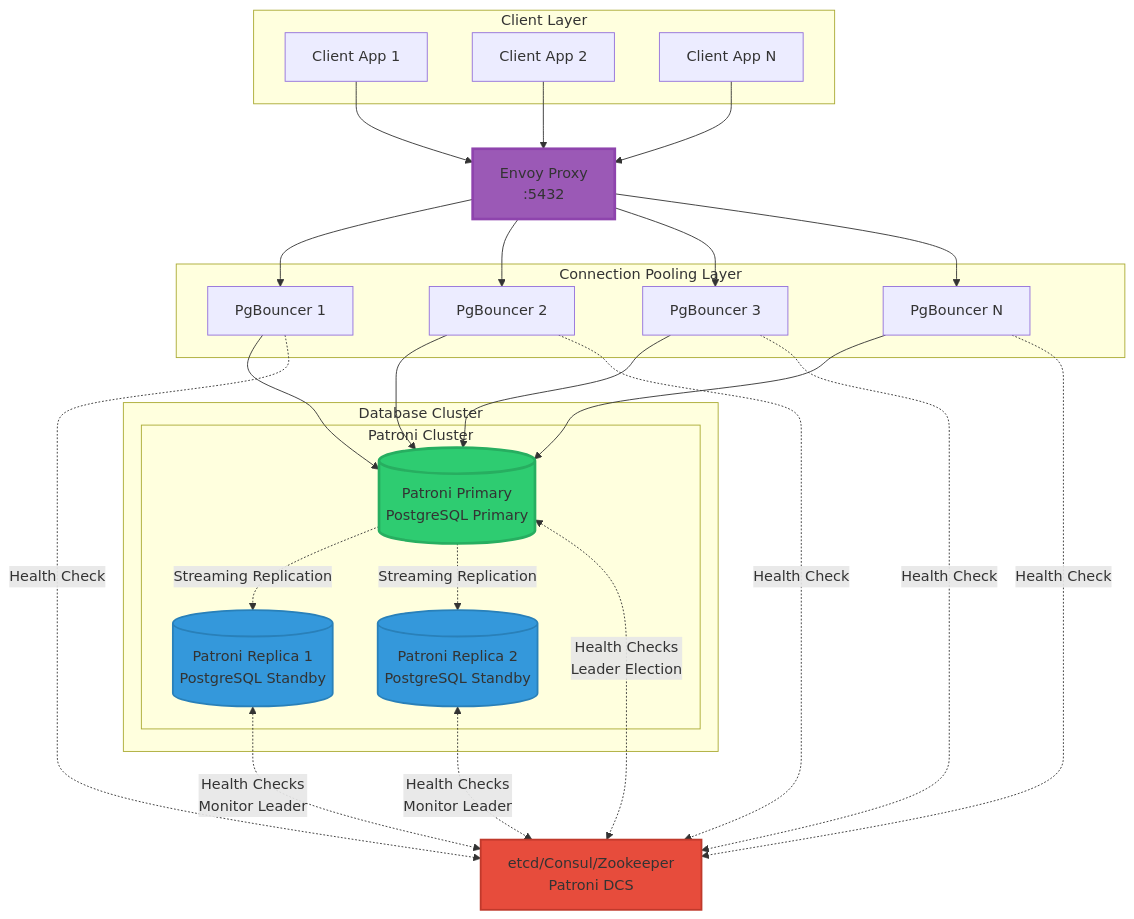
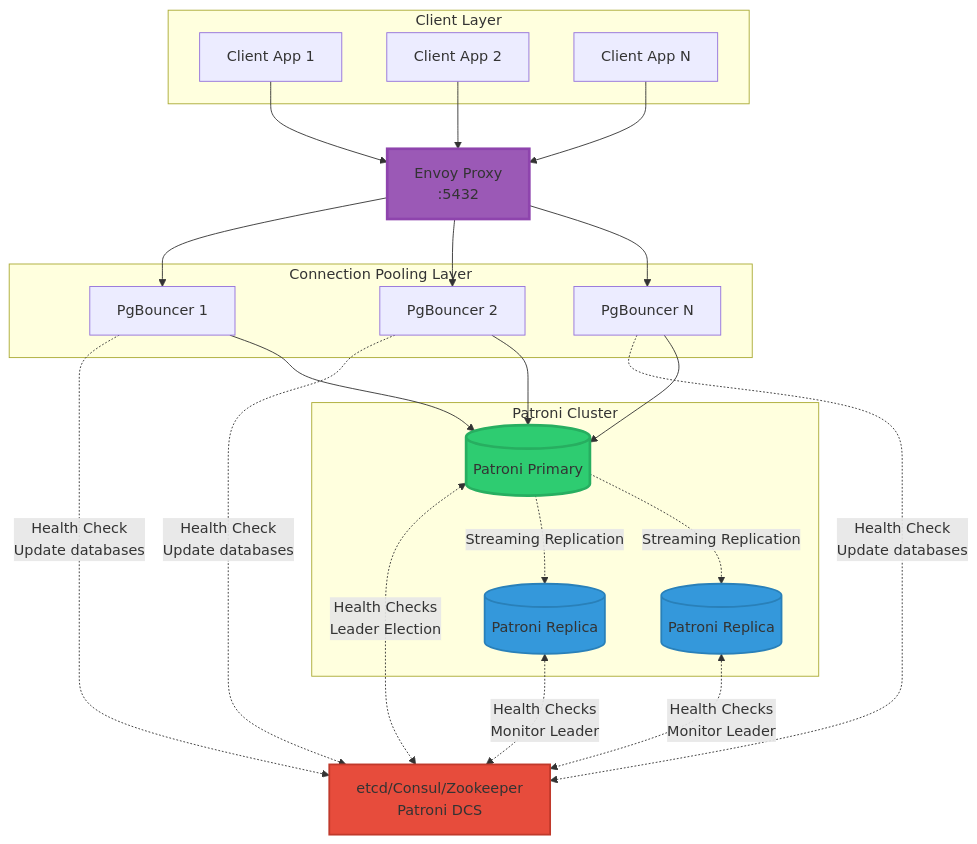
One commit to 3manuek/slides changed the first of 2 diagrams in 2025/Nerdearla.es/charts/postgres-patroni-basic.md. Above: the diagram before and after it, drawn with Mermaid. The commit also changed 5 other files, not shown here.

````diff
--- a/2025/Nerdearla.es/charts/postgres-patroni-basic.md
+++ b/2025/Nerdearla.es/charts/postgres-patroni-basic.md
@@ -5,59 +5,54 @@
 ```mermaid
 graph TB
     subgraph "Client Layer"
         C1[Client App 1]
         C2[Client App 2]
         C3[Client App N]
     end
 
     Envoy[Envoy Proxy<br/>:5432]
 
     DCS[etcd/Consul/Zookeeper<br/>Patroni DCS]
 
     subgraph "Connection Pooling Layer"
         PGB1[PgBouncer 1]
         PGB2[PgBouncer 2]
-        PGB3[PgBouncer 3]
         PGB4[PgBouncer N]
     end
 
-    subgraph "Database Cluster"
-        subgraph "Patroni Cluster"
-            PAT1[("Patroni Primary<br/>PostgreSQL Primary")]
-            PAT2[("Patroni Replica 1<br/>PostgreSQL Standby")]
-            PAT3[("Patroni Replica 2<br/>PostgreSQL Standby")]
-        end
+    subgraph "Patroni Cluster"
+        PAT1[("Patroni Primary")]
+        PAT2[("Patroni Replica")]
+        PAT3[("Patroni Replica")]
     end
 
+    PAT1 <-.->|Health Checks<br/>Leader Election| DCS
+    PAT2 <-.->|Health Checks<br/>Monitor Leader| DCS
+    PAT3 <-.->|Health Checks<br/>Monitor Leader| DCS
+
+    PGB1 -.->|Health Check<br/>Update databases| DCS
+    PGB2 -.->|Health Check<br/>Update databases| DCS
+    PGB4 -.->|Health Check<br/>Update databases| DCS
+    
     C1 --> Envoy
     C2 --> Envoy
     C3 --> Envoy
 
     Envoy --> PGB1
     Envoy --> PGB2
-    Envoy --> PGB3
     Envoy --> PGB4
 
     PGB1 --> PAT1
     PGB2 --> PAT1
-    PGB3 --> PAT1
     PGB4 --> PAT1
 
     PAT1 -.->|Streaming Replication| PAT2
     PAT1 -.->|Streaming Replication| PAT3
 
-    PAT1 <-.->|Health Checks<br/>Leader Election| DCS
-    PAT2 <-.->|Health Checks<br/>Monitor Leader| DCS
-    PAT3 <-.->|Health Checks<br/>Monitor Leader| DCS
-
-    PGB1 -.->|Health Check| DCS
-    PGB2 -.->|Health Check| DCS
-    PGB3 -.->|Health Check| DCS
-    PGB4 -.->|Health Check| DCS
 
     style PAT1 fill:#2ecc71,stroke:#27ae60,stroke-width:3px
     style PAT2 fill:#3498db,stroke:#2980b9,stroke-width:2px
     style PAT3 fill:#3498db,stroke:#2980b9,stroke-width:2px
     style Envoy fill:#9b59b6,stroke:#8e44ad,stroke-width:3px
     style DCS fill:#e74c3c,stroke:#c0392b,stroke-width:2px
 ```
````
